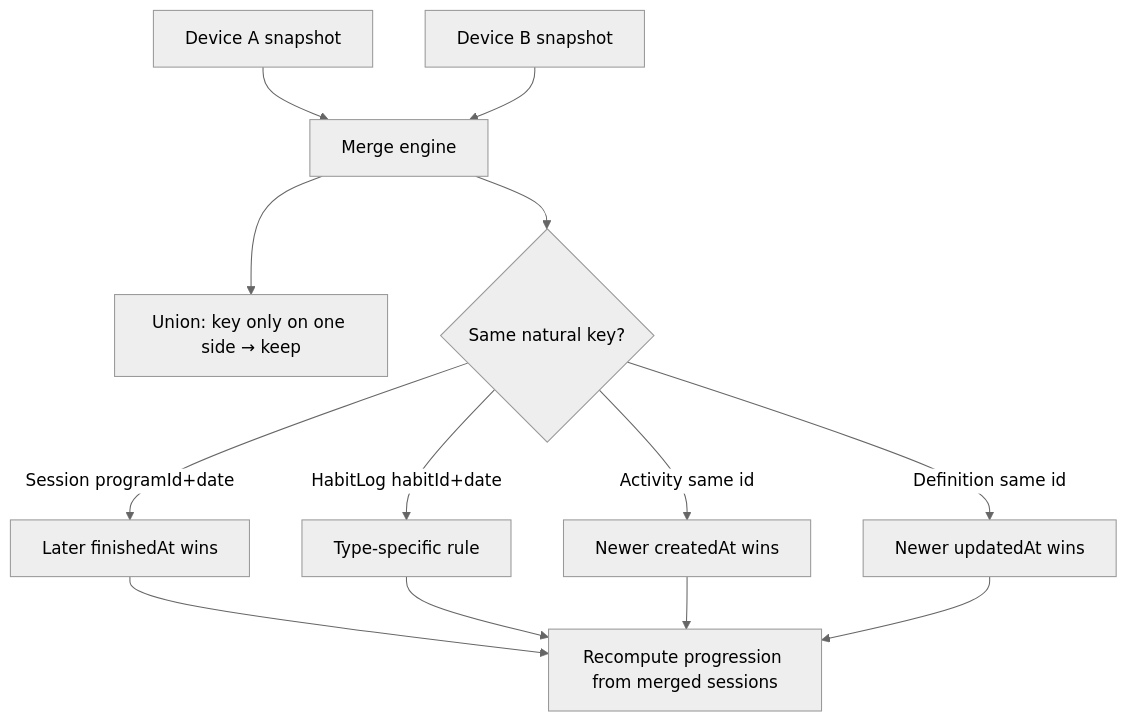
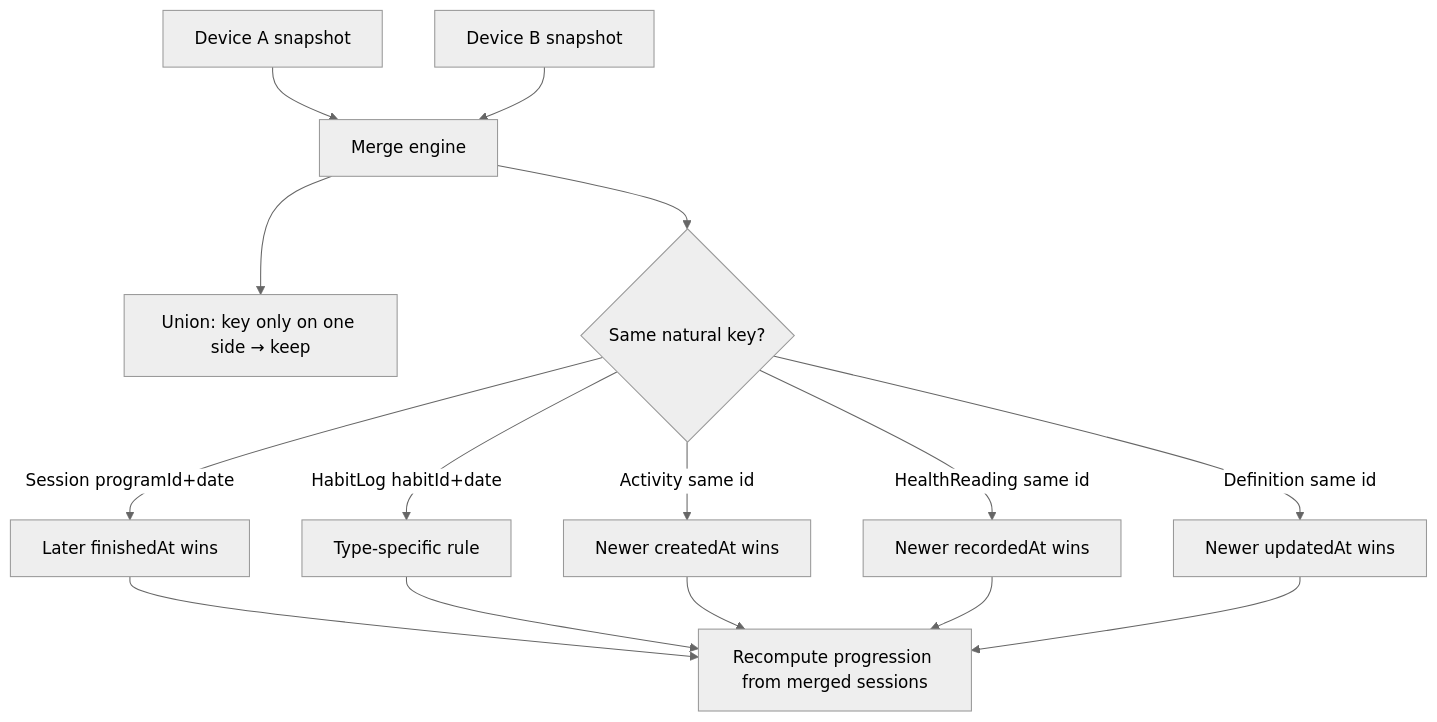
Before and after one commit to jermbo/CosmicWorkOut: the second of 2 diagrams in docs/features/v1.7.0/US-028-data-export-backup.md, drawn with Mermaid (neutral theme). The commit also changed other lines of this file and 31 other files, not shown here.

````diff
--- a/docs/features/v1.7.0/US-028-data-export-backup.md
+++ b/docs/features/v1.7.0/US-028-data-export-backup.md
@@ -234,15 +237,17 @@
 ```mermaid
 flowchart TD
     A[Device A snapshot] --> M[Merge engine]
     B[Device B snapshot] --> M
     M --> U[Union: key only on one side → keep]
     M --> C{Same natural key?}
     C -->|Session programId+date| W1[Later finishedAt wins]
     C -->|HabitLog habitId+date| W2[Type-specific rule]
     C -->|Activity same id| W3[Newer createdAt wins]
+    C -->|HealthReading same id| W5[Newer recordedAt wins]
     C -->|Definition same id| W4[Newer updatedAt wins]
     W1 --> R[Recompute progression from merged sessions]
     W2 --> R
     W3 --> R
+    W5 --> R
     W4 --> R
 ```
````
